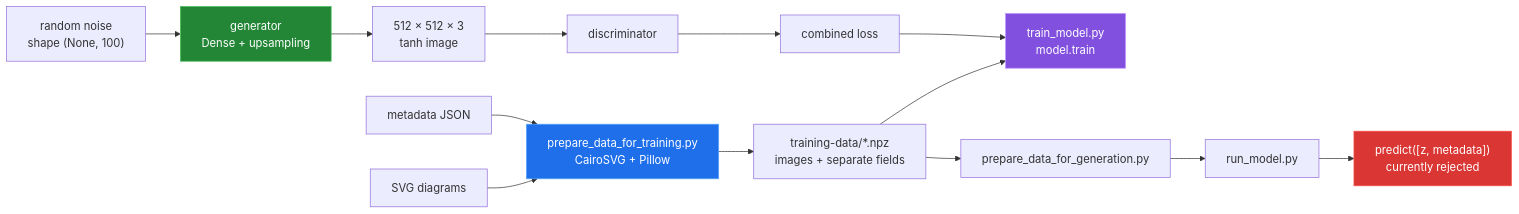
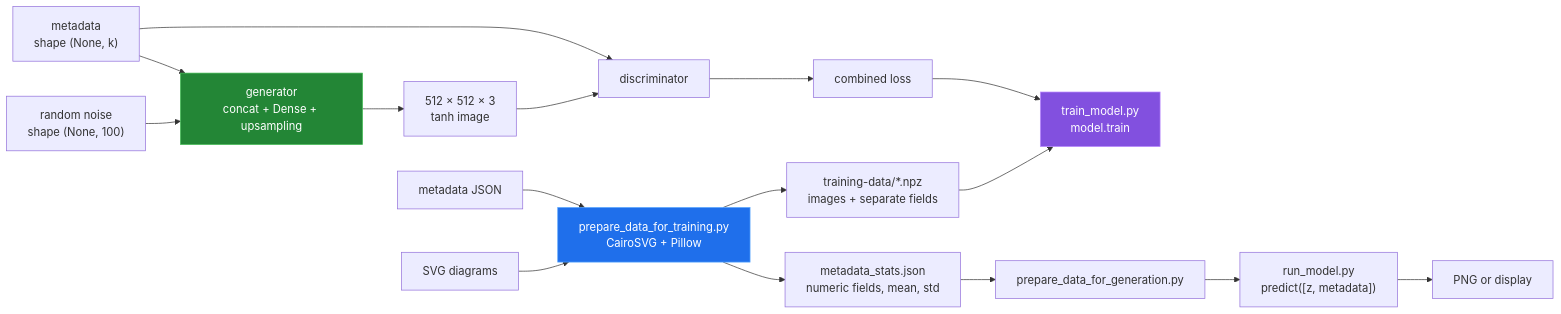
One commit to Bissbert/GemDiagramAI changed the diagram in README.md. Above: the diagram before and after it, drawn with Mermaid. The commit also changed other lines of this file and 8 other files, not shown here.

````diff
--- a/README.md
+++ b/README.md
@@ -82,20 +93,22 @@
 ```mermaid
 flowchart LR
     SVG["SVG diagrams"] --> PREP["prepare_data_for_training.py<br/>CairoSVG + Pillow"]
     JSON["metadata JSON"] --> PREP
     PREP --> NPZ["training-data/*.npz<br/>images + separate fields"]
     NPZ --> TRAIN["train_model.py<br/>model.train"]
-    Z["random noise<br/>shape (None, 100)"] --> GEN["generator<br/>Dense + upsampling"]
+    PREP --> STATS["metadata_stats.json<br/>numeric fields, mean, std"]
+    Z["random noise<br/>shape (None, 100)"] --> GEN["generator<br/>concat + Dense + upsampling"]
+    META["metadata<br/>shape (None, k)"] --> GEN
     GEN --> IMG["512 × 512 × 3<br/>tanh image"]
     IMG --> DISC["discriminator"]
+    META --> DISC
     DISC --> COMBINED["combined loss"]
     COMBINED --> TRAIN
-    NPZ --> INFERDATA["prepare_data_for_generation.py"]
-    INFERDATA --> INFER["run_model.py"]
-    INFER --> FAIL["predict([z, metadata])<br/>currently rejected"]
+    STATS --> INFERDATA["prepare_data_for_generation.py"]
+    INFERDATA --> INFER["run_model.py<br/>predict([z, metadata])"]
+    INFER --> OUT["PNG or display"]
 
     style PREP fill:#1f6feb,stroke:#58a6ff,color:#fff
     style GEN fill:#238636,stroke:#3fb950,color:#fff
     style TRAIN fill:#8250df,stroke:#bc8cff,color:#fff
-    style FAIL fill:#da3633,stroke:#f85149,color:#fff
 ```
````
